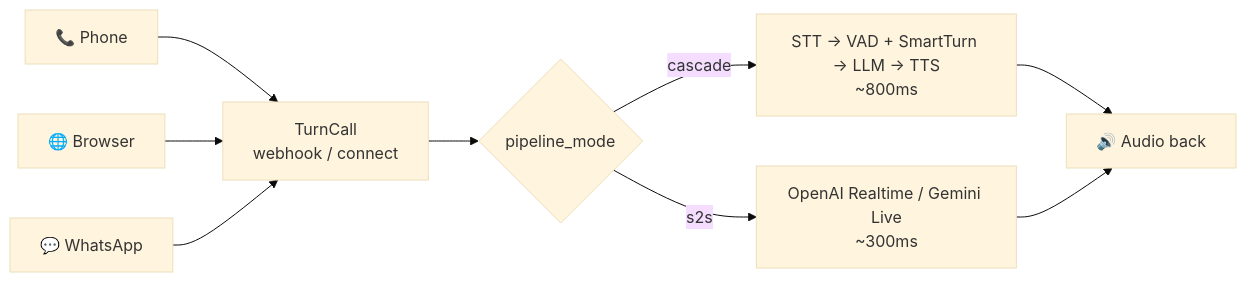
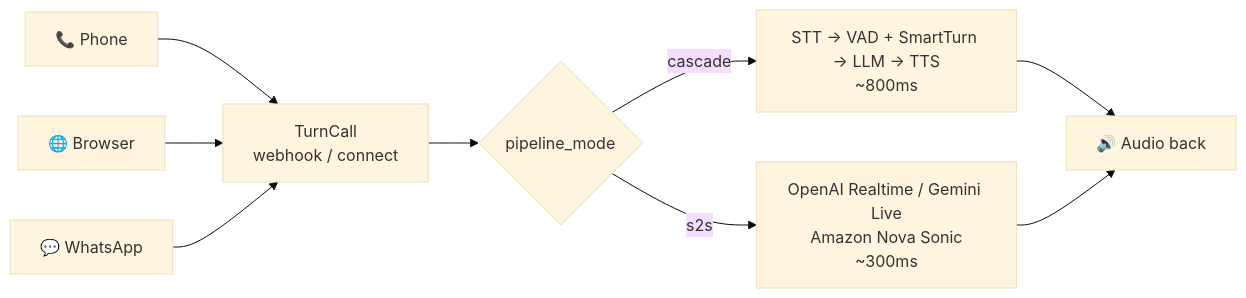
One commit to kobikis/turncall changed the diagram in docs/introduction.mdx. Above: the diagram before and after it, drawn with Mermaid (base theme). The commit also changed other lines of this file and 27 other files, not shown here.

First line of the commit message:
feat: AWS Bedrock LLM and Amazon Nova Sonic 2 S2S (#15)

````diff
--- a/docs/introduction.mdx
+++ b/docs/introduction.mdx
@@ -58,12 +58,12 @@
 ```mermaid
 flowchart LR
     Phone["📞 Phone"] --> TC
     Browser["🌐 Browser"] --> TC
     WhatsApp["💬 WhatsApp"] --> TC
 
     TC["TurnCall<br/>webhook / connect"] --> MODE{"pipeline_mode"}
     MODE -->|cascade| C["STT → VAD + SmartTurn → LLM → TTS<br/>~800ms"]
-    MODE -->|s2s| S["OpenAI Realtime / Gemini Live<br/>~300ms"]
+    MODE -->|s2s| S["OpenAI Realtime / Gemini Live<br/>Amazon Nova Sonic<br/>~300ms"]
     C --> OUT["🔊 Audio back"]
     S --> OUT
 ```
````
